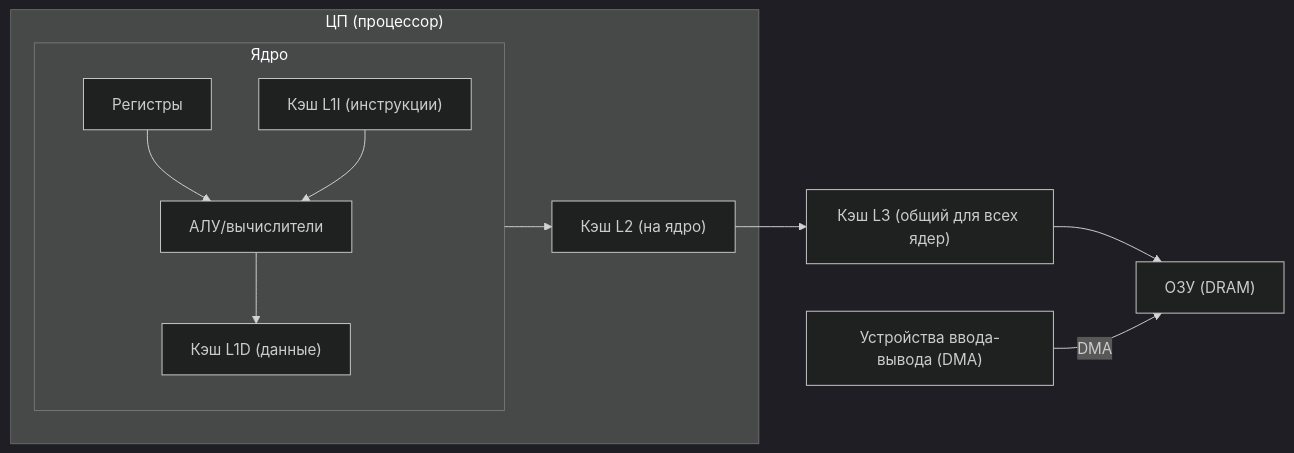
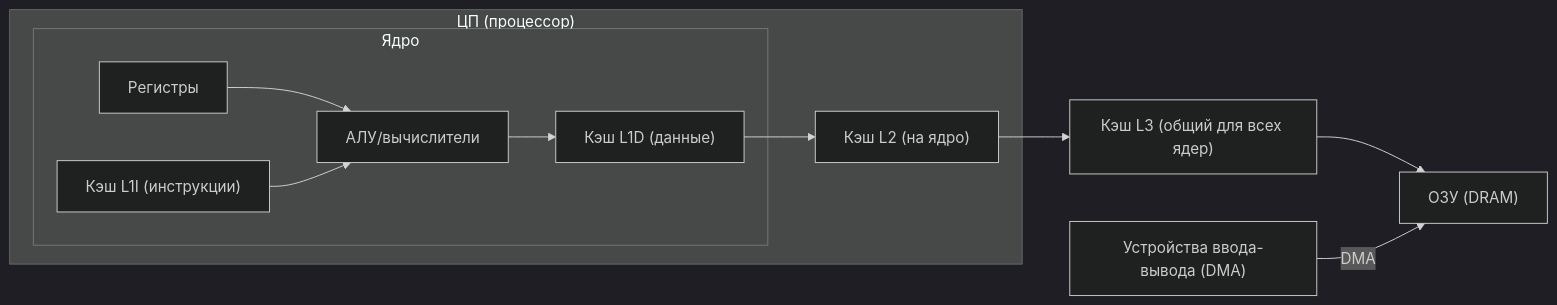
One commit to 4upokabra/asm_lec changed the first of 3 diagrams in лек1.md. Above: the diagram before and after it, drawn with Mermaid (dark theme). The commit also changed other lines of this file, not shown here.

````diff
--- a/лек1.md
+++ b/лек1.md
@@ -17,22 +17,22 @@
 ```mermaid
-flowchart LR
+graph LR
   subgraph CPU["ЦП (процессор)"]
     subgraph Core1["Ядро"]
       REG["Регистры"]
       ALU["АЛУ/вычислители"]
       L1i["Кэш L1I (инструкции)"]
       L1d["Кэш L1D (данные)"]
       REG-->ALU
       L1i-->ALU
       ALU-->L1d
     end
     L2["Кэш L2 (на ядро)"]
   end
   L3["Кэш L3 (общий для всех ядер)"]
   MEM["ОЗУ (DRAM)"]
   IO["Устройства ввода-вывода (DMA)"]
-  Core1-->L2
+  L1d-->L2
   L2-->L3
   L3-->MEM
   IO--"DMA"-->MEM
 ```
````
